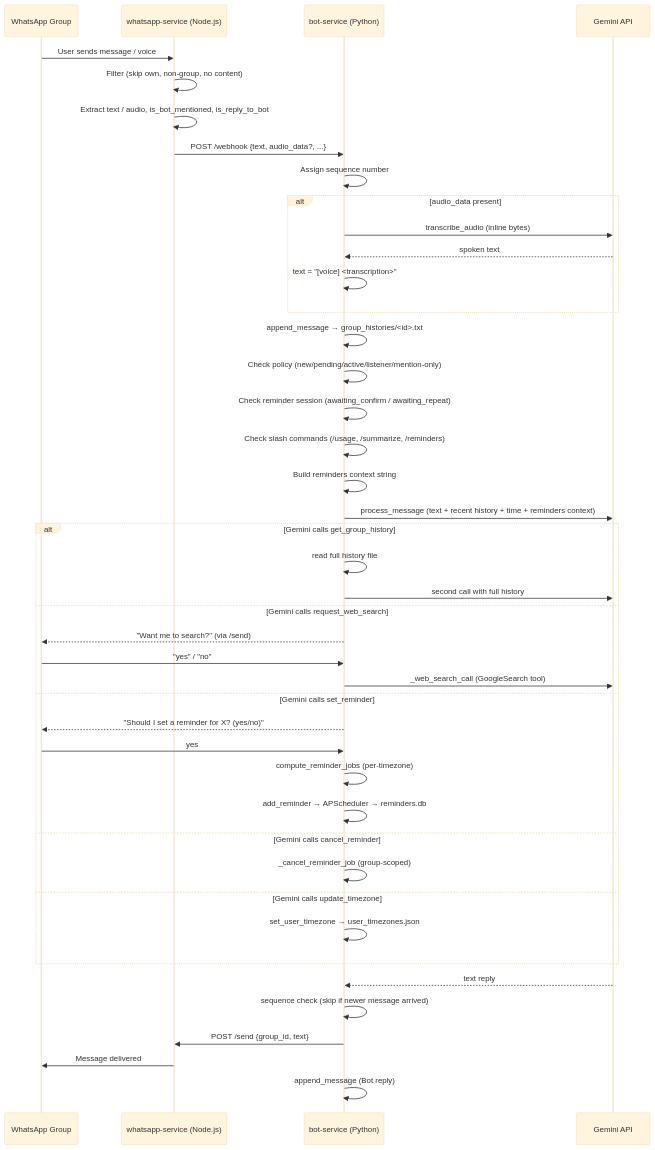
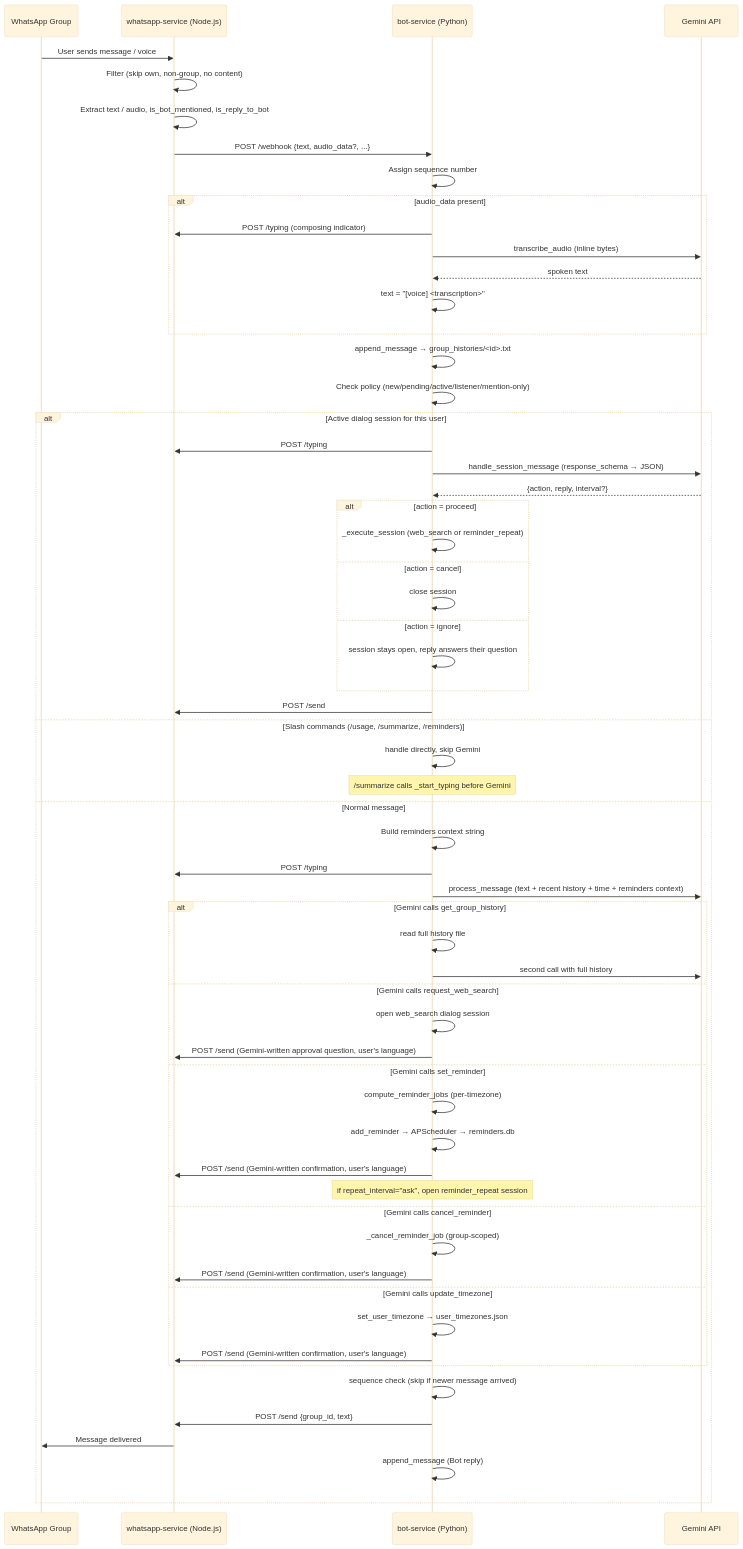
The diagram in whatsapp-bot/memory-bank/design.md (ItamarSV/claude), drawn with Mermaid (base theme) before and after one commit. The commit also changed other lines of this file and 2 other files, not shown here.

Commit message:
Update memory bank and design doc for recent features

````diff
--- a/whatsapp-bot/memory-bank/design.md
+++ b/whatsapp-bot/memory-bank/design.md
@@ -34,51 +34,68 @@
 ```mermaid
 sequenceDiagram
     participant WA as WhatsApp Group
     participant WS as whatsapp-service (Node.js)
     participant BS as bot-service (Python)
     participant GM as Gemini API
 
     WA->>WS: User sends message / voice
     WS->>WS: Filter (skip own, non-group, no content)
     WS->>WS: Extract text / audio, is_bot_mentioned, is_reply_to_bot
     WS->>BS: POST /webhook {text, audio_data?, ...}
 
     BS->>BS: Assign sequence number
     alt audio_data present
+        BS->>WS: POST /typing (composing indicator)
         BS->>GM: transcribe_audio (inline bytes)
         GM-->>BS: spoken text
         BS->>BS: text = "[voice] <transcription>"
     end
 
     BS->>BS: append_message → group_histories/<id>.txt
     BS->>BS: Check policy (new/pending/active/listener/mention-only)
-    BS->>BS: Check reminder session (awaiting_confirm / awaiting_repeat)
-    BS->>BS: Check slash commands (/usage, /summarize, /reminders)
 
-    BS->>BS: Build reminders context string
-    BS->>GM: process_message (text + recent history + time + reminders context)
+    alt Active dialog session for this user
+        BS->>WS: POST /typing
+        BS->>GM: handle_session_message (response_schema → JSON)
+        GM-->>BS: {action, reply, interval?}
+        alt action = proceed
+            BS->>BS: _execute_session (web_search or reminder_repeat)
+        else action = cancel
+            BS->>BS: close session
+        else action = ignore
+            BS->>BS: session stays open, reply answers their question
+        end
+        BS->>WS: POST /send
+    else Slash commands (/usage, /summarize, /reminders)
+        BS->>BS: handle directly, skip Gemini
+        note over BS: /summarize calls _start_typing before Gemini
+    else Normal message
+        BS->>BS: Build reminders context string
+        BS->>WS: POST /typing
+        BS->>GM: process_message (text + recent history + time + reminders context)
 
-    alt Gemini calls get_group_history
-        BS->>BS: read full history file
-        BS->>GM: second call with full history
-    else Gemini calls request_web_search
-        BS-->>WA: "Want me to search?" (via /send)
-        WA->>BS: "yes" / "no"
-        BS->>GM: _web_search_call (GoogleSearch tool)
-    else Gemini calls set_reminder
-        BS-->>WA: "Should I set a reminder for X? (yes/no)"
-        WA->>BS: yes
-        BS->>BS: compute_reminder_jobs (per-timezone)
-        BS->>BS: add_reminder → APScheduler → reminders.db
-    else Gemini calls cancel_reminder
-        BS->>BS: _cancel_reminder_job (group-scoped)
-    else Gemini calls update_timezone
-        BS->>BS: set_user_timezone → user_timezones.json
+        alt Gemini calls get_group_history
+            BS->>BS: read full history file
+            BS->>GM: second call with full history
+        else Gemini calls request_web_search
+            BS->>BS: open web_search dialog session
+            BS->>WS: POST /send (Gemini-written approval question, user's language)
+        else Gemini calls set_reminder
+            BS->>BS: compute_reminder_jobs (per-timezone)
+            BS->>BS: add_reminder → APScheduler → reminders.db
+            BS->>WS: POST /send (Gemini-written confirmation, user's language)
+            note over BS: if repeat_interval="ask", open reminder_repeat session
+        else Gemini calls cancel_reminder
+            BS->>BS: _cancel_reminder_job (group-scoped)
+            BS->>WS: POST /send (Gemini-written confirmation, user's language)
+        else Gemini calls update_timezone
+            BS->>BS: set_user_timezone → user_timezones.json
+            BS->>WS: POST /send (Gemini-written confirmation, user's language)
+        end
+
+        BS->>BS: sequence check (skip if newer message arrived)
+        BS->>WS: POST /send {group_id, text}
+        WS->>WA: Message delivered
+        BS->>BS: append_message (Bot reply)
     end
-
-    GM-->>BS: text reply
-    BS->>BS: sequence check (skip if newer message arrived)
-    BS->>WS: POST /send {group_id, text}
-    WS->>WA: Message delivered
-    BS->>BS: append_message (Bot reply)
 ```
````
